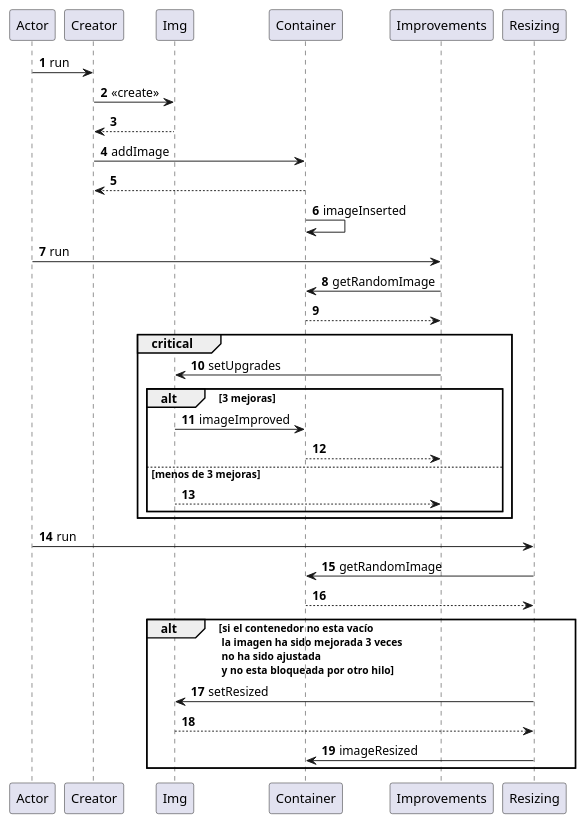
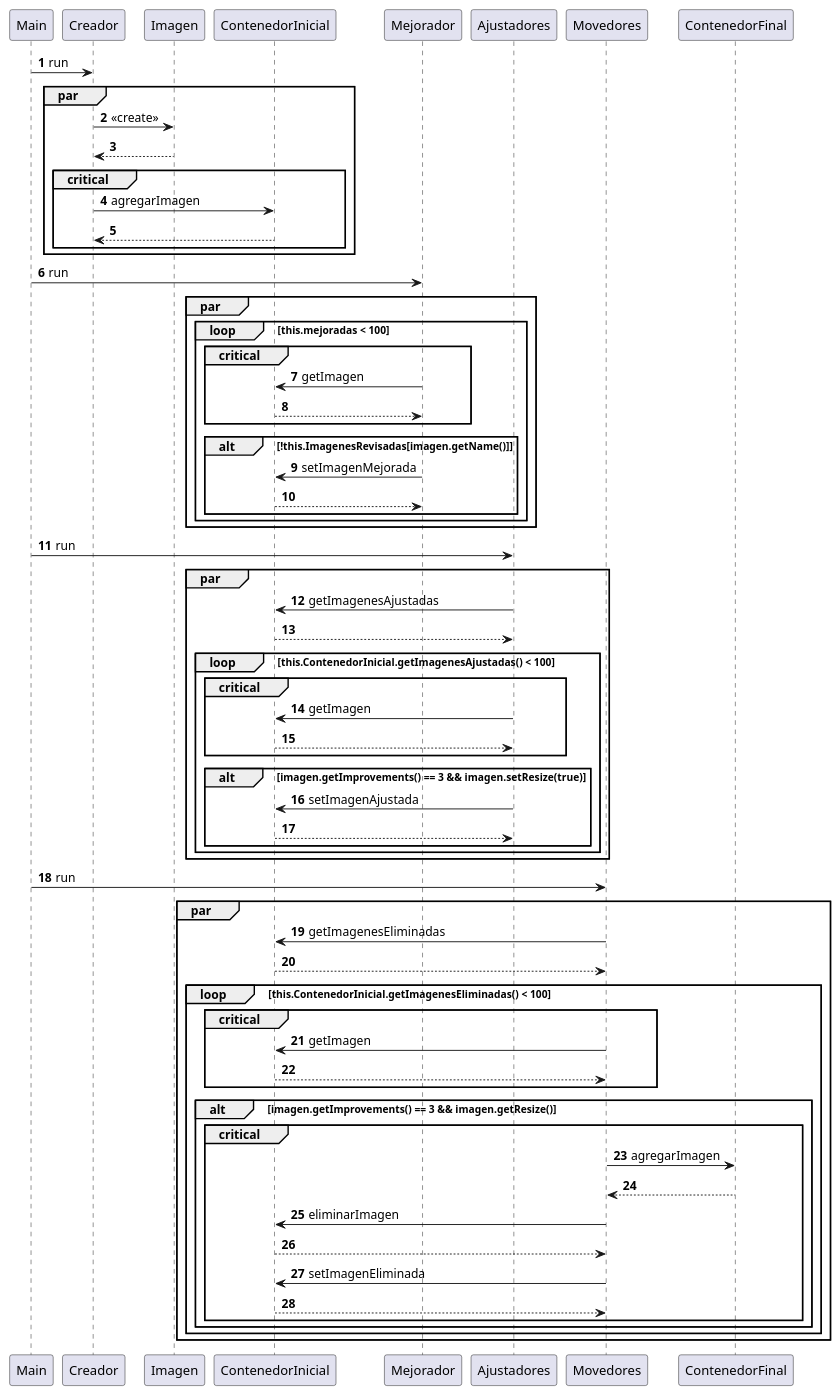
The diagram in diag/secuencia.puml (alfredon996/tp1_pc), drawn with PlantUML before and after one commit.

Commit message:
diagramas plantuml

```diff
--- a/diag/secuencia.puml
+++ b/diag/secuencia.puml
@@ -1,40 +1,97 @@
 @startuml
 'https://plantuml.com/sequence-diagram
 'Diagrama de secuencia, se puede renderizar instalando el plugin PlantUML de IntelliJ
 
 autonumber
 
-Actor -> Creator: run
-
-Creator -> Img: <<create>>
-Creator  <-- Img
-
-Creator -> Container : addImage
-Creator <-- Container
-
-Container -> Container: imageInserted
-
-Actor -> Improvements: run
-Improvements -> Container: getRandomImage
-Container --> Improvements
-critical
-Improvements -> Img: setUpgrades
-alt 3 mejoras
-Img -> Container: imageImproved
-Container --> Improvements
-else menos de 3 mejoras
-Img --> Improvements
-end
-end
+Main -> Creador: run
+par
+Creador -> Imagen: <<create>>
+Creador  <-- Imagen
 
 
-Actor -> Resizing:run
-Resizing -> Container: getRandomImage
-Container --> Resizing
-alt si el contenedor no esta vacío \n la imagen ha sido mejorada 3 veces \n no ha sido ajustada \n y no esta bloqueada por otro hilo
-Resizing -> Img: setResized
-Img --> Resizing
-Resizing -> Container: imageResized
-end
+critical
+Creador -> ContenedorInicial : agregarImagen
+Creador <-- ContenedorInicial
+end critical
+
+end par
+
+Main -> Mejorador : run
+
+par
+
+
+
+loop this.mejoradas < 100
+critical
+
+Mejorador -> ContenedorInicial : getImagen
+
+ContenedorInicial --> Mejorador
+
+end critical
+
+alt !this.ImagenesRevisadas[imagen.getName()]
+Mejorador -> ContenedorInicial :setImagenMejorada
+ContenedorInicial --> Mejorador
+
+end alt
+end loop
+
+end par
+
+Main -> Ajustadores : run
+par
+Ajustadores -> ContenedorInicial : getImagenesAjustadas
+ContenedorInicial --> Ajustadores
+
+loop this.ContenedorInicial.getImagenesAjustadas() < 100
+
+critical
+
+Ajustadores -> ContenedorInicial : getImagen
+ContenedorInicial --> Ajustadores
+end critical
+
+alt imagen.getImprovements() == 3 && imagen.setResize(true)
+Ajustadores  -> ContenedorInicial: setImagenAjustada
+ContenedorInicial --> Ajustadores
+end alt
+
+
+end loop
+
+
+end par
+
+Main -> Movedores : run
+par
+Movedores -> ContenedorInicial: getImagenesEliminadas
+ContenedorInicial --> Movedores
+
+loop this.ContenedorInicial.getImagenesEliminadas() < 100
+
+critical
+Movedores -> ContenedorInicial : getImagen
+ContenedorInicial --> Movedores
+end critical
+
+alt imagen.getImprovements() == 3 && imagen.getResize()
+
+critical
+Movedores -> ContenedorFinal : agregarImagen
+ContenedorFinal --> Movedores
+Movedores -> ContenedorInicial : eliminarImagen
+ContenedorInicial --> Movedores
+Movedores -> ContenedorInicial : setImagenEliminada
+ContenedorInicial --> Movedores
+end critical
+
+end alt
+
+end loop
+
+end par
 
 @enduml
```
